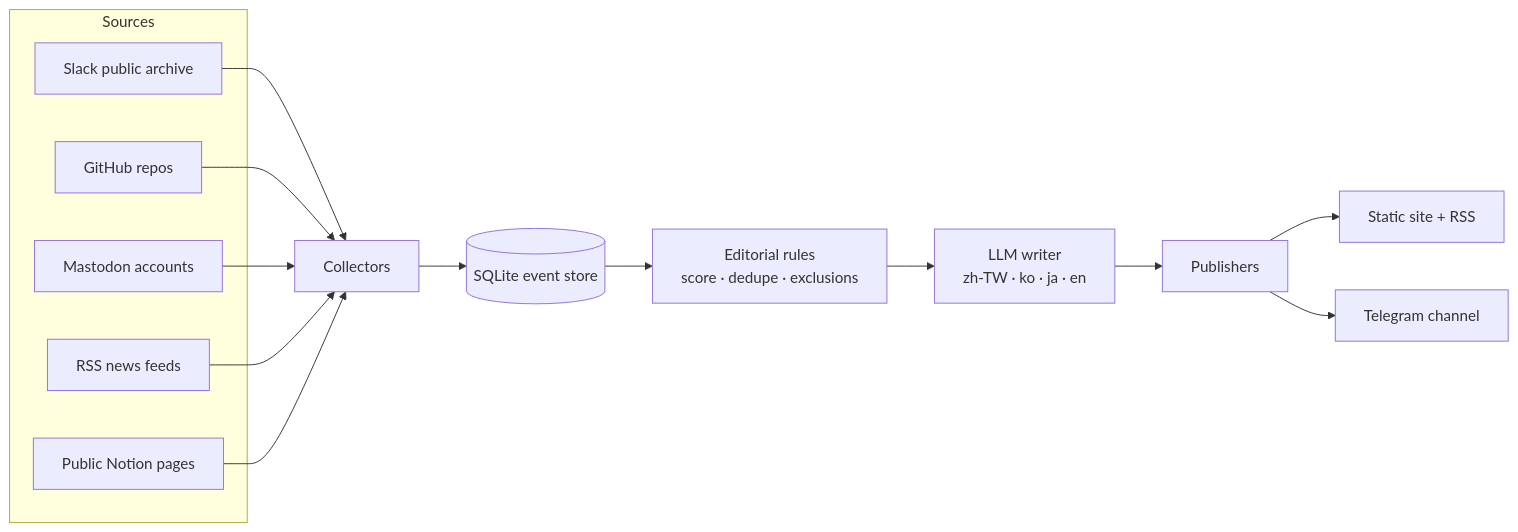
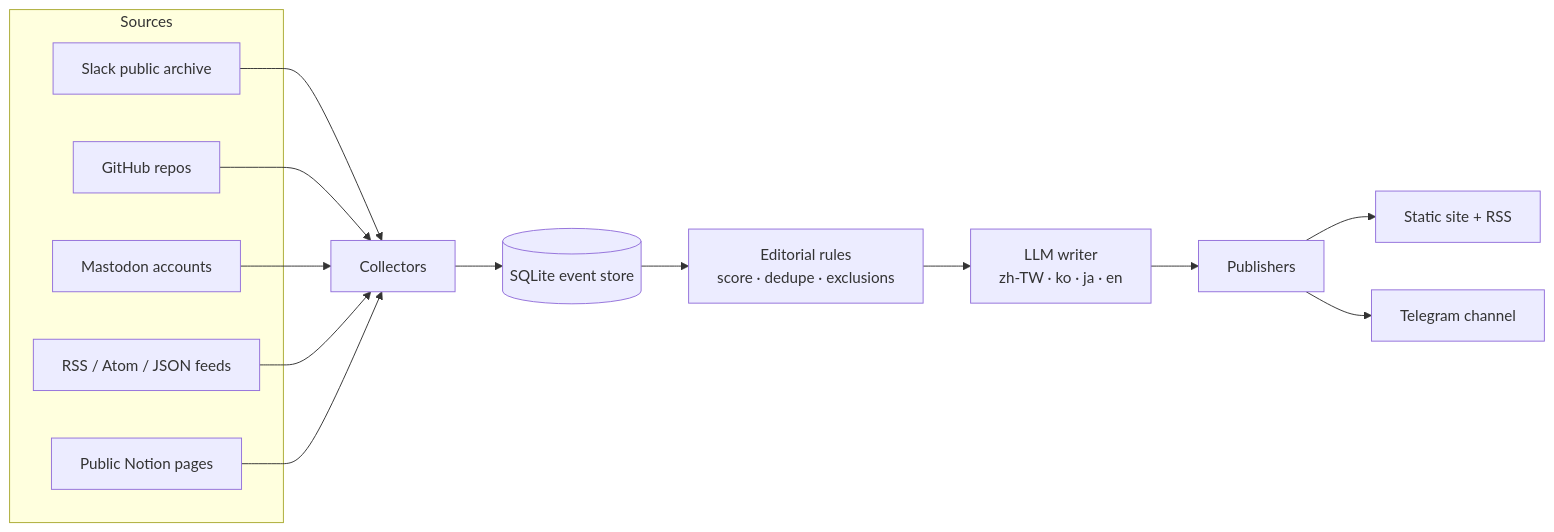
Before and after one commit to rep0rter/rep0rter: the diagram in README.md, drawn with Mermaid. The commit also changed other lines of this file and 26 other files, not shown here.

````diff
--- a/README.md
+++ b/README.md
@@ -15,17 +15,17 @@
 ```mermaid
 flowchart LR
     subgraph Sources
         S[Slack public archive]
         G[GitHub repos]
         M[Mastodon accounts]
-        R[RSS news feeds]
+        R[RSS / Atom / JSON feeds]
         N[Public Notion pages]
     end
     S & G & M & R & N --> C[Collectors]
     C --> DB[(SQLite event store)]
     DB --> E[Editorial rules<br/>score · dedupe · exclusions]
     E --> W[LLM writer<br/>zh-TW · ko · ja · en]
     W --> P[Publishers]
     P --> Web[Static site + RSS]
     P --> TG[Telegram channel]
 ```
````
